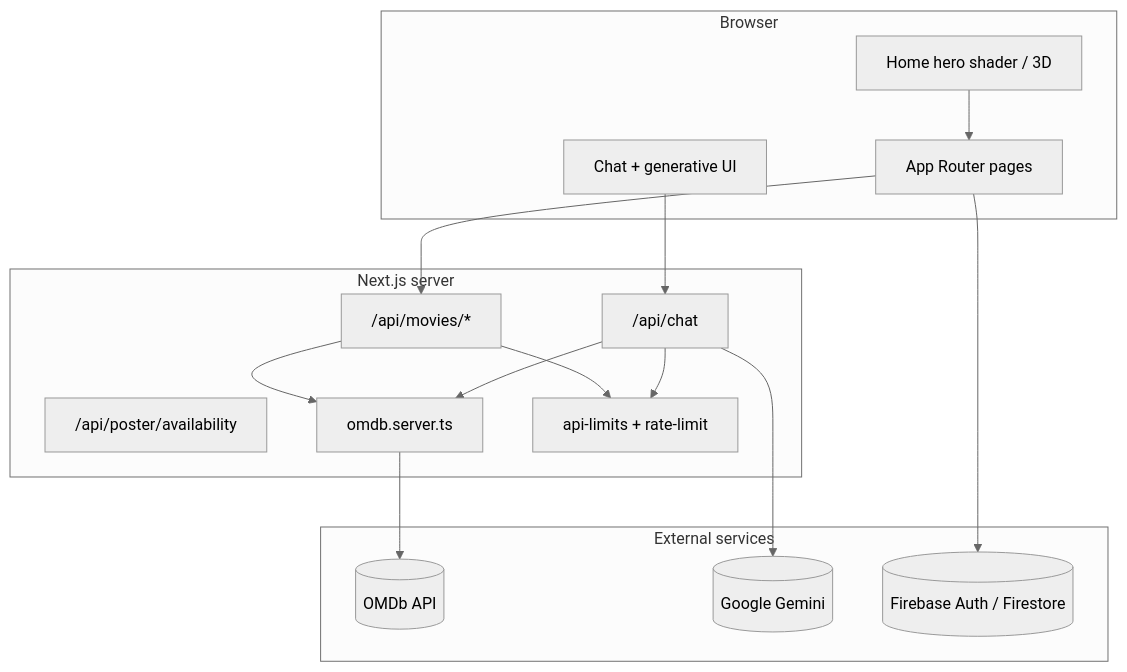
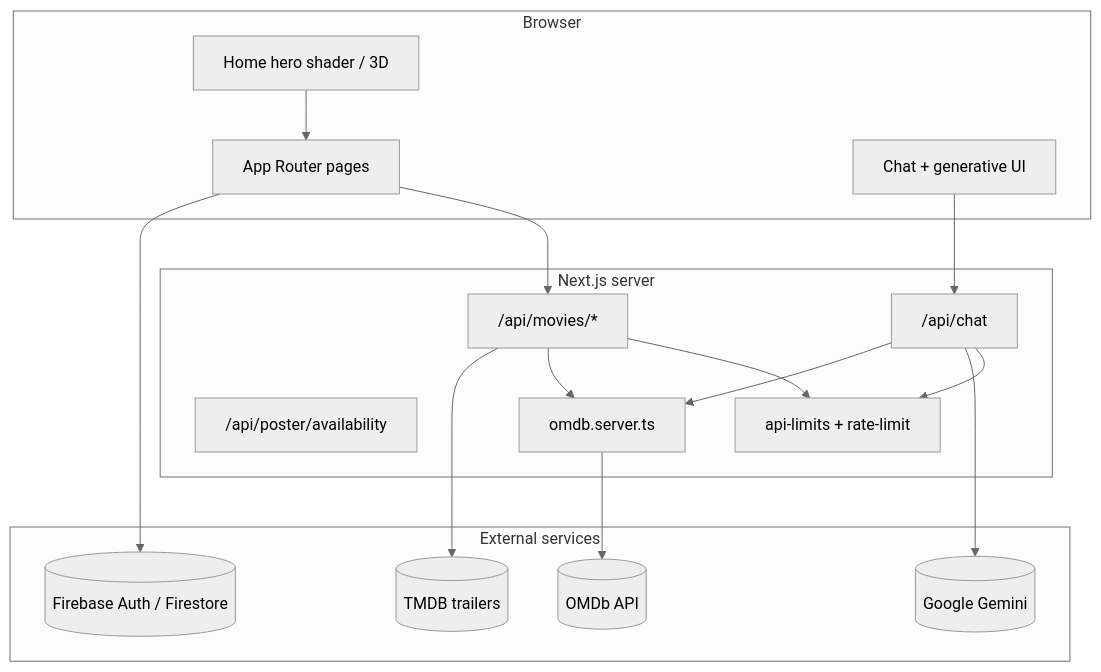
One commit to tahatoklucu/FlickFocus-AI-App changed the diagram in README.md. Above: the diagram before and after it, drawn with Mermaid (neutral theme). The commit also changed other lines of this file and 10 other files, not shown here.

````diff
--- a/README.md
+++ b/README.md
@@ -131,33 +146,35 @@
 ```mermaid
 flowchart TB
   subgraph client [Browser]
     Pages[App Router pages]
     ChatUI[Chat + generative UI]
     Home[Home hero shader / 3D]
   end
 
   subgraph next [Next.js server]
     APIChat["/api/chat"]
     APIMovies["/api/movies/*"]
     APIPoster["/api/poster/availability"]
     OMDbSvc[omdb.server.ts]
     Limits[api-limits + rate-limit]
   end
 
   subgraph external [External services]
     OMDb[(OMDb API)]
+    TMDB[(TMDB trailers)]
     Gemini[(Google Gemini)]
     Firebase[(Firebase Auth / Firestore)]
   end
 
   Pages --> APIMovies
   ChatUI --> APIChat
   Pages --> Firebase
   APIChat --> Limits
   APIMovies --> Limits
   APIChat --> Gemini
   APIChat --> OMDbSvc
   APIMovies --> OMDbSvc
   OMDbSvc --> OMDb
+  APIMovies --> TMDB
   Home --> Pages
 ```
````
